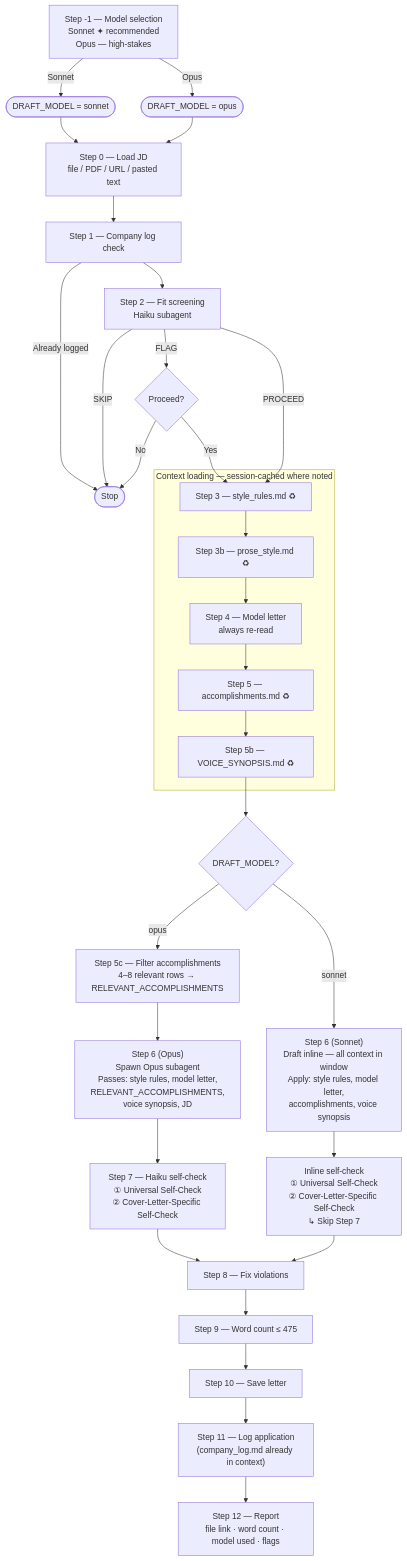
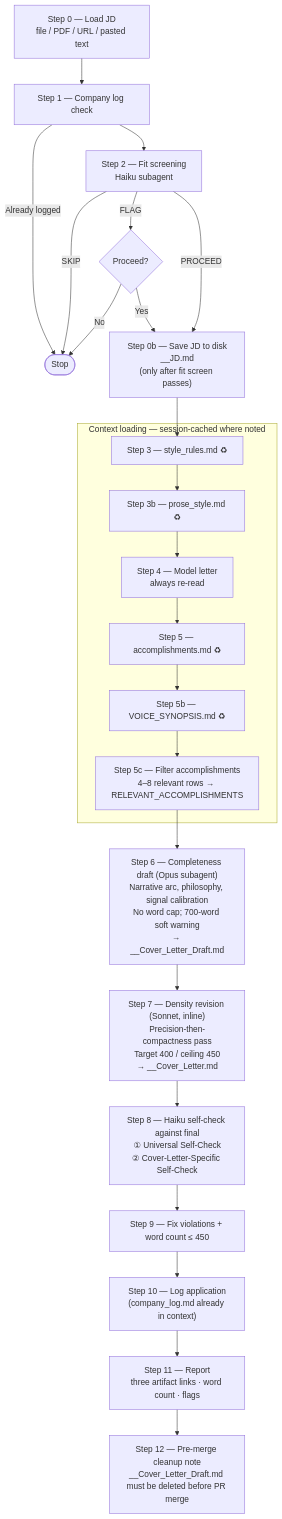
One commit to brownm09/dev-env changed the diagram in claude/skills/cover-letter/WORKFLOW.md. Above: the diagram before and after it, drawn with Mermaid. The commit also changed other lines of this file and 2 other files, not shown here.

First paragraph of the commit message:
cover-letter skill: JD preservation + two-pass draft retention (#158)
* cover-letter skill: save JD in Step 0b; two-pass draft retention

````diff
--- a/claude/skills/cover-letter/WORKFLOW.md
+++ b/claude/skills/cover-letter/WORKFLOW.md
@@ -6,44 +5,34 @@
 ```mermaid
 flowchart TD
-    S_1["Step -1 — Model selection\nSonnet ✦ recommended\nOpus — high-stakes"]
-    S_1 -->|"Sonnet"| SON(["DRAFT_MODEL = sonnet"])
-    S_1 -->|"Opus"| OPU(["DRAFT_MODEL = opus"])
-    SON & OPU --> S0
-
     S0["Step 0 — Load JD\nfile / PDF / URL / pasted text"]
     S0 --> S1["Step 1 — Company log check"]
     S1 -->|"Already logged"| STOP(["Stop"])
     S1 --> S2
 
     S2["Step 2 — Fit screening\nHaiku subagent"]
     S2 -->|"SKIP"| STOP
     S2 -->|"FLAG"| FLAG{"Proceed?"}
     FLAG -->|"No"| STOP
-    FLAG -->|"Yes"| CTX_START
-    S2 -->|"PROCEED"| CTX_START
+    FLAG -->|"Yes"| S0B
+    S2 -->|"PROCEED"| S0B
+    S0B["Step 0b — Save JD to disk\n__JD.md\n(only after fit screen passes)"]
+    S0B --> CTX_START
 
     subgraph CTX ["Context loading — session-cached where noted"]
         CTX_START["Step 3 — style_rules.md ♻"]
         CTX_START --> CTX_3B["Step 3b — prose_style.md ♻"]
         CTX_3B --> CTX_4["Step 4 — Model letter\nalways re-read"]
         CTX_4 --> CTX_5["Step 5 — accomplishments.md ♻"]
         CTX_5 --> CTX_5B["Step 5b — VOICE_SYNOPSIS.md ♻"]
+        CTX_5B --> S5C["Step 5c — Filter accomplishments\n4–8 relevant rows → RELEVANT_ACCOMPLISHMENTS"]
     end
 
-    CTX_5B --> BRANCH{"DRAFT_MODEL?"}
+    S5C --> S6["Step 6 — Completeness draft (Opus subagent)\nNarrative arc, philosophy, signal calibration\nNo word cap; 700-word soft warning\n→ __Cover_Letter_Draft.md"]
+    S6 --> S7["Step 7 — Density revision (Sonnet, inline)\nPrecision-then-compactness pass\nTarget 400 / ceiling 450\n→ __Cover_Letter.md"]
 
-    BRANCH -->|"opus"| S5C["Step 5c — Filter accomplishments\n4–8 relevant rows → RELEVANT_ACCOMPLISHMENTS"]
-    S5C --> OPUS_DRAFT["Step 6 (Opus)\nSpawn Opus subagent\nPasses: style rules, model letter,\nRELEVANT_ACCOMPLISHMENTS,\nvoice synopsis, JD"]
-    OPUS_DRAFT --> S7["Step 7 — Haiku self-check\n① Universal Self-Check\n② Cover-Letter-Specific Self-Check"]
-
-    BRANCH -->|"sonnet"| SONNET_DRAFT["Step 6 (Sonnet)\nDraft inline — all context in window\nApply: style rules, model letter,\naccomplishments, voice synopsis"]
-    SONNET_DRAFT --> S6_CHECK["Inline self-check\n① Universal Self-Check\n② Cover-Letter-Specific Self-Check\n↳ Skip Step 7"]
-
-    S7 --> S8["Step 8 — Fix violations"]
-    S6_CHECK --> S8
-
-    S8 --> S9["Step 9 — Word count ≤ 475"]
-    S9 --> S10["Step 10 — Save letter"]
-    S10 --> S11["Step 11 — Log application\n(company_log.md already in context)"]
-    S11 --> S12["Step 12 — Report\nfile link · word count · model used · flags"]
+    S7 --> S8["Step 8 — Haiku self-check against final\n① Universal Self-Check\n② Cover-Letter-Specific Self-Check"]
+    S8 --> S9["Step 9 — Fix violations + word count ≤ 450"]
+    S9 --> S10["Step 10 — Log application\n(company_log.md already in context)"]
+    S10 --> S11["Step 11 — Report\nthree artifact links · word count · flags"]
+    S11 --> S12["Step 12 — Pre-merge cleanup note\n__Cover_Letter_Draft.md must be deleted before PR merge"]
 ```
````
